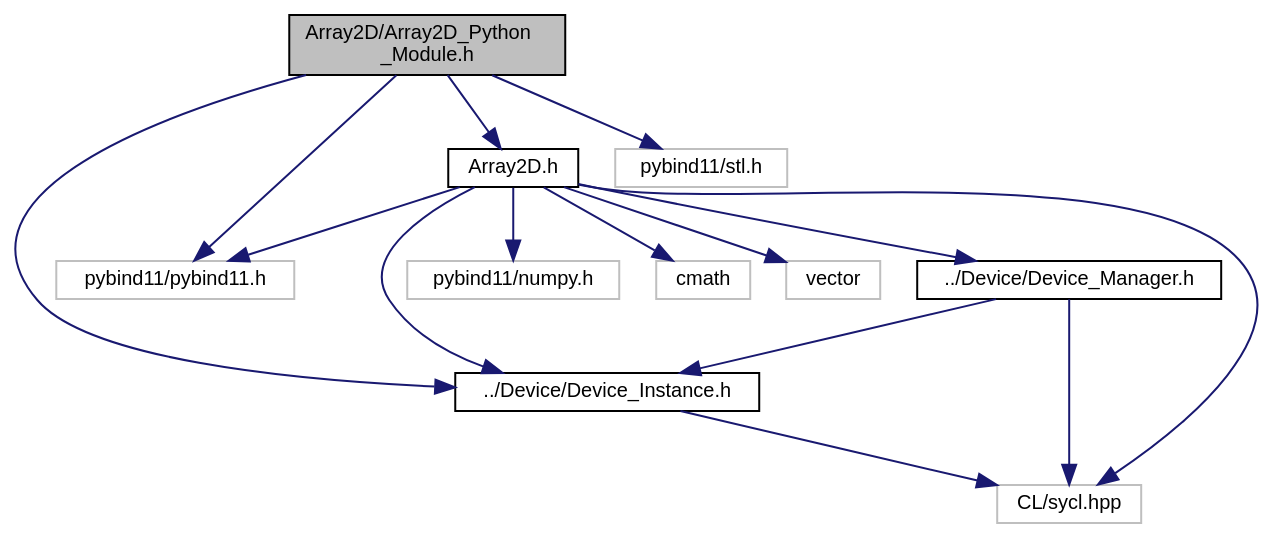
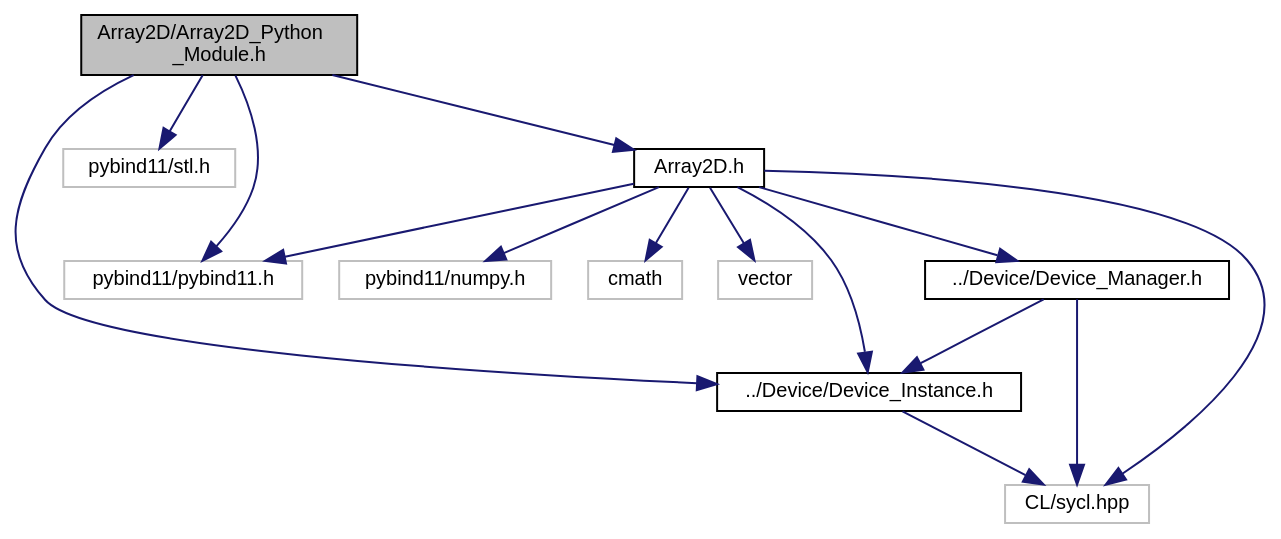
Before and after one commit to OsmanAEG/PySYCL: the diagram in docs/PySYCL_doxygen_html/_array2_d___python___module_8h__incl.dot, drawn with Graphviz. The commit also changed 160 other files, not shown here.

```diff
--- a/docs/PySYCL_doxygen_html/_array2_d___python___module_8h__incl.dot
+++ b/docs/PySYCL_doxygen_html/_array2_d___python___module_8h__incl.dot
@@ -1,32 +1,32 @@
 digraph "Array2D/Array2D_Python_Module.h"
 {
  // INTERACTIVE_SVG=YES
  // LATEX_PDF_SIZE
   bgcolor="transparent";
   edge [fontname="Helvetica",fontsize="10",labelfontname="Helvetica",labelfontsize="10"];
   node [fontname="Helvetica",fontsize="10",shape=record];
   Node1 [label="Array2D/Array2D_Python\l_Module.h",height=0.2,width=0.4,color="black", fillcolor="grey75", style="filled", fontcolor="black",tooltip="Python module for an array_2d object in PySYCL."];
   Node1 -> Node2 [color="midnightblue",fontsize="10",style="solid",fontname="Helvetica"];
   Node2 [label="pybind11/pybind11.h",height=0.2,width=0.4,color="grey75",tooltip=" "];
   Node1 -> Node3 [color="midnightblue",fontsize="10",style="solid",fontname="Helvetica"];
   Node3 [label="pybind11/stl.h",height=0.2,width=0.4,color="grey75",tooltip=" "];
   Node1 -> Node4 [color="midnightblue",fontsize="10",style="solid",fontname="Helvetica"];
-  Node4 [label="Array2D.h",height=0.2,width=0.4,color="black",URL="$_array2_d_8h.html",tooltip="Array2D in PySYCL."];
+  Node4 [label="../Device/Device_Instance.h",height=0.2,width=0.4,color="black",URL="$_device___instance_8h.html",tooltip="Device instance for device selection in PySYCL."];
   Node4 -> Node5 [color="midnightblue",fontsize="10",style="solid",fontname="Helvetica"];
   Node5 [label="CL/sycl.hpp",height=0.2,width=0.4,color="grey75",tooltip=" "];
-  Node4 -> Node6 [color="midnightblue",fontsize="10",style="solid",fontname="Helvetica"];
-  Node6 [label="pybind11/numpy.h",height=0.2,width=0.4,color="grey75",tooltip=" "];
-  Node4 -> Node2 [color="midnightblue",fontsize="10",style="solid",fontname="Helvetica"];
-  Node4 -> Node7 [color="midnightblue",fontsize="10",style="solid",fontname="Helvetica"];
-  Node7 [label="cmath",height=0.2,width=0.4,color="grey75",tooltip=" "];
-  Node4 -> Node8 [color="midnightblue",fontsize="10",style="solid",fontname="Helvetica"];
-  Node8 [label="vector",height=0.2,width=0.4,color="grey75",tooltip=" "];
-  Node4 -> Node9 [color="midnightblue",fontsize="10",style="solid",fontname="Helvetica"];
-  Node9 [label="../Device/Device_Instance.h",height=0.2,width=0.4,color="black",URL="$_device___instance_8h.html",tooltip="Device instance for device selection in PySYCL."];
-  Node9 -> Node5 [color="midnightblue",fontsize="10",style="solid",fontname="Helvetica"];
-  Node4 -> Node10 [color="midnightblue",fontsize="10",style="solid",fontname="Helvetica"];
+  Node1 -> Node6 [color="midnightblue",fontsize="10",style="solid",fontname="Helvetica"];
+  Node6 [label="Array2D.h",height=0.2,width=0.4,color="black",URL="$_array2_d_8h.html",tooltip="Array2D in PySYCL."];
+  Node6 -> Node5 [color="midnightblue",fontsize="10",style="solid",fontname="Helvetica"];
+  Node6 -> Node7 [color="midnightblue",fontsize="10",style="solid",fontname="Helvetica"];
+  Node7 [label="pybind11/numpy.h",height=0.2,width=0.4,color="grey75",tooltip=" "];
+  Node6 -> Node2 [color="midnightblue",fontsize="10",style="solid",fontname="Helvetica"];
+  Node6 -> Node8 [color="midnightblue",fontsize="10",style="solid",fontname="Helvetica"];
+  Node8 [label="cmath",height=0.2,width=0.4,color="grey75",tooltip=" "];
+  Node6 -> Node9 [color="midnightblue",fontsize="10",style="solid",fontname="Helvetica"];
+  Node9 [label="vector",height=0.2,width=0.4,color="grey75",tooltip=" "];
+  Node6 -> Node4 [color="midnightblue",fontsize="10",style="solid",fontname="Helvetica"];
+  Node6 -> Node10 [color="midnightblue",fontsize="10",style="solid",fontname="Helvetica"];
   Node10 [label="../Device/Device_Manager.h",height=0.2,width=0.4,color="black",URL="$_device___manager_8h.html",tooltip="Device instance for device selection in PySYCL."];
   Node10 -> Node5 [color="midnightblue",fontsize="10",style="solid",fontname="Helvetica"];
-  Node10 -> Node9 [color="midnightblue",fontsize="10",style="solid",fontname="Helvetica"];
-  Node1 -> Node9 [color="midnightblue",fontsize="10",style="solid",fontname="Helvetica"];
+  Node10 -> Node4 [color="midnightblue",fontsize="10",style="solid",fontname="Helvetica"];
 }
```
